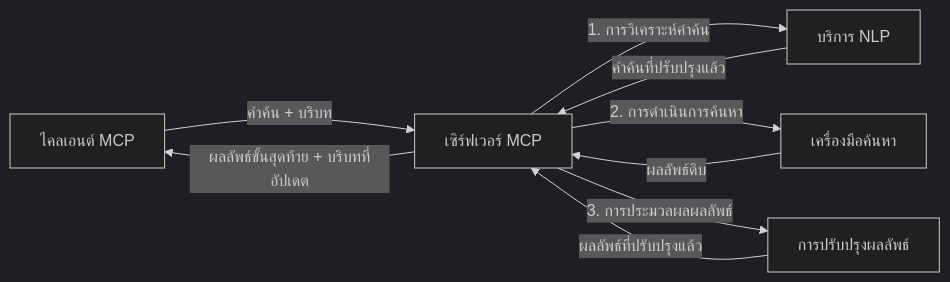
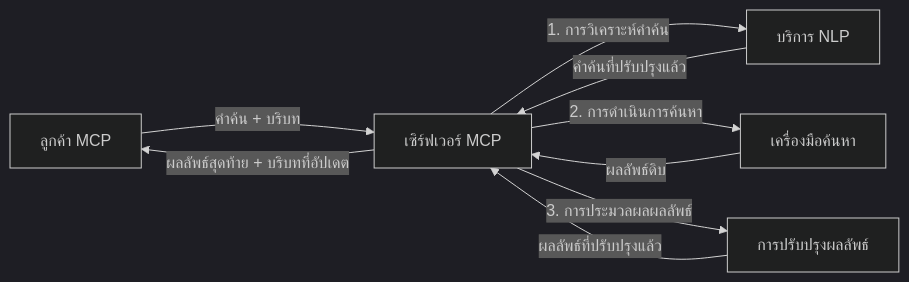
The fourth of 4 diagrams in translations/th/05-AdvancedTopics/mcp-realtimesearch/README.md (microsoft/mcp-for-beginners), drawn with Mermaid (dark theme) before and after one commit. The commit also changed other lines of this file and 148 other files, not shown here.

````diff
--- a/translations/th/05-AdvancedTopics/mcp-realtimesearch/README.md
+++ b/translations/th/05-AdvancedTopics/mcp-realtimesearch/README.md
@@ -626,11 +628,11 @@
 ```mermaid
 graph LR
-    Client[ไคลเอนต์ MCP] --> |คำค้น + บริบท| Server[เซิร์ฟเวอร์ MCP]
+    Client[ลูกค้า MCP] --> |คำค้น + บริบท| Server[เซิร์ฟเวอร์ MCP]
     Server --> |1. การวิเคราะห์คำค้น| NLP[บริการ NLP]
     NLP --> |คำค้นที่ปรับปรุงแล้ว| Server
     Server --> |2. การดำเนินการค้นหา| Search[เครื่องมือค้นหา]
     Search --> |ผลลัพธ์ดิบ| Server
     Server --> |3. การประมวลผลผลลัพธ์| Enhancement[การปรับปรุงผลลัพธ์]
     Enhancement --> |ผลลัพธ์ที่ปรับปรุงแล้ว| Server
-    Server --> |ผลลัพธ์ขั้นสุดท้าย + บริบทที่อัปเดต| Client
+    Server --> |ผลลัพธ์สุดท้าย + บริบทที่อัปเดต| Client
 ```
````
